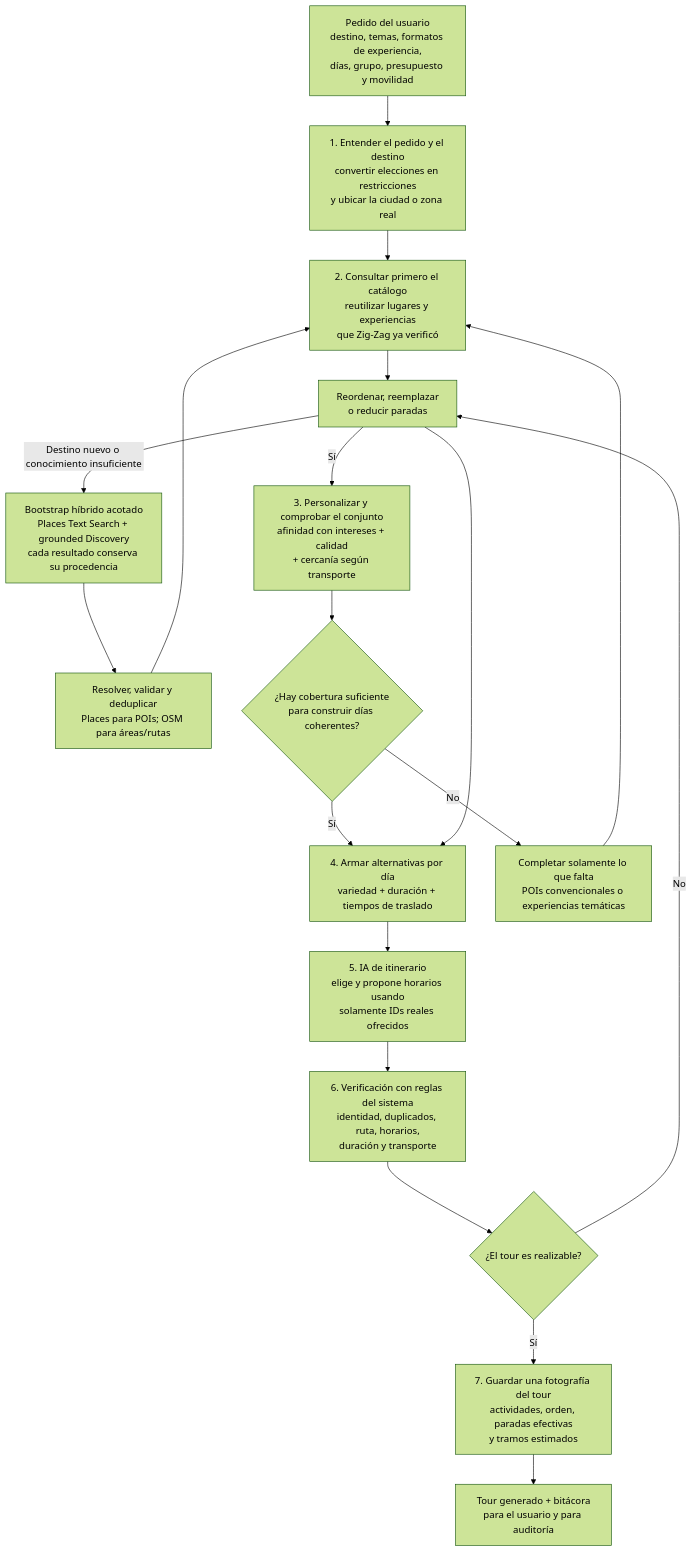
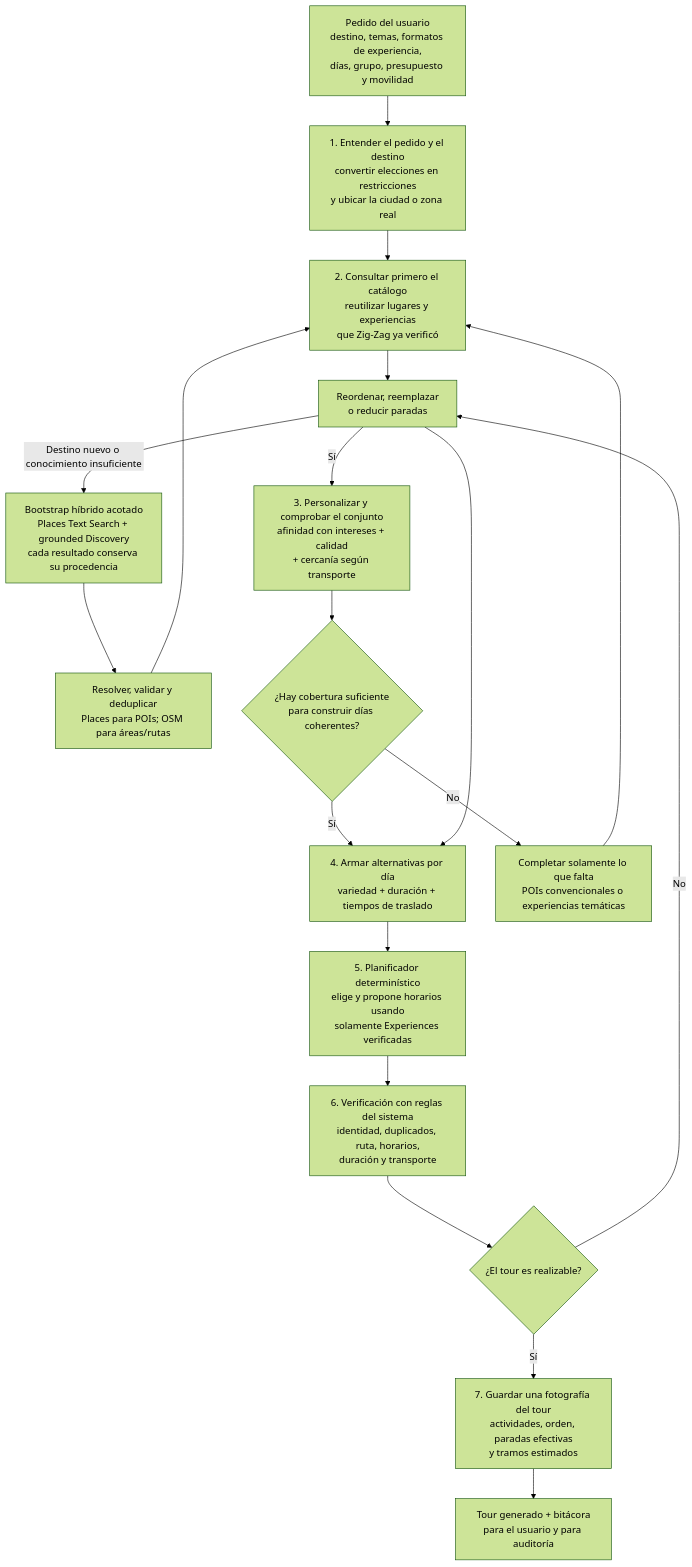
Before and after one commit to entity-builders-labs/zig-zag: the first of 15 diagrams in docs/architecture/activity-discovery-and-tour-generation.md, drawn with Mermaid (forest theme). The commit also changed other lines of this file, not shown here.

Commit message:
docs(architecture): document Experience V2 provider boundaries

````diff
--- a/docs/architecture/activity-discovery-and-tour-generation.md
+++ b/docs/architecture/activity-discovery-and-tour-generation.md
@@ -33,24 +33,24 @@
 ```mermaid
 flowchart TD
     A["Pedido del usuario<br/>destino, temas, formatos de experiencia,<br/>días, grupo, presupuesto y movilidad"]
     A --> B["1. Entender el pedido y el destino<br/>convertir elecciones en restricciones<br/>y ubicar la ciudad o zona real"]
     B --> C["2. Consultar primero el catálogo<br/>reutilizar lugares y experiencias<br/>que Zig-Zag ya verificó"]
     C --> K{"¿Zig-Zag conoce el destino<br/>y la intención solicitada?"}
     K -- Sí --> D["3. Personalizar y comprobar el conjunto<br/>afinidad con intereses + calidad<br/>+ cercanía según transporte"]
     K -- "Destino nuevo o conocimiento insuficiente" --> N["Bootstrap híbrido acotado<br/>Places Text Search + grounded Discovery<br/>cada resultado conserva su procedencia"]
     N --> R["Resolver, validar y deduplicar<br/>Places para POIs; OSM para áreas/rutas"]
     R --> C
     D --> E{"¿Hay cobertura suficiente<br/>para construir días coherentes?"}
 
     E -- Sí --> G["4. Armar alternativas por día<br/>variedad + duración + tiempos de traslado"]
     E -- No --> F["Completar solamente lo que falta<br/>POIs convencionales o experiencias temáticas"]
     F --> C
 
-    G --> H["5. IA de itinerario<br/>elige y propone horarios usando<br/>solamente IDs reales ofrecidos"]
+    G --> H["5. Planificador determinístico<br/>elige y propone horarios usando<br/>solamente Experiences verificadas"]
     H --> I["6. Verificación con reglas del sistema<br/>identidad, duplicados, ruta, horarios,<br/>duración y transporte"]
     I --> J{"¿El tour es realizable?"}
     J -- No --> K["Reordenar, reemplazar<br/>o reducir paradas"]
     K --> G
     J -- Sí --> L["7. Guardar una fotografía del tour<br/>actividades, orden, paradas efectivas<br/>y tramos estimados"]
     L --> M["Tour generado + bitácora<br/>para el usuario y para auditoría"]
 ```
````
